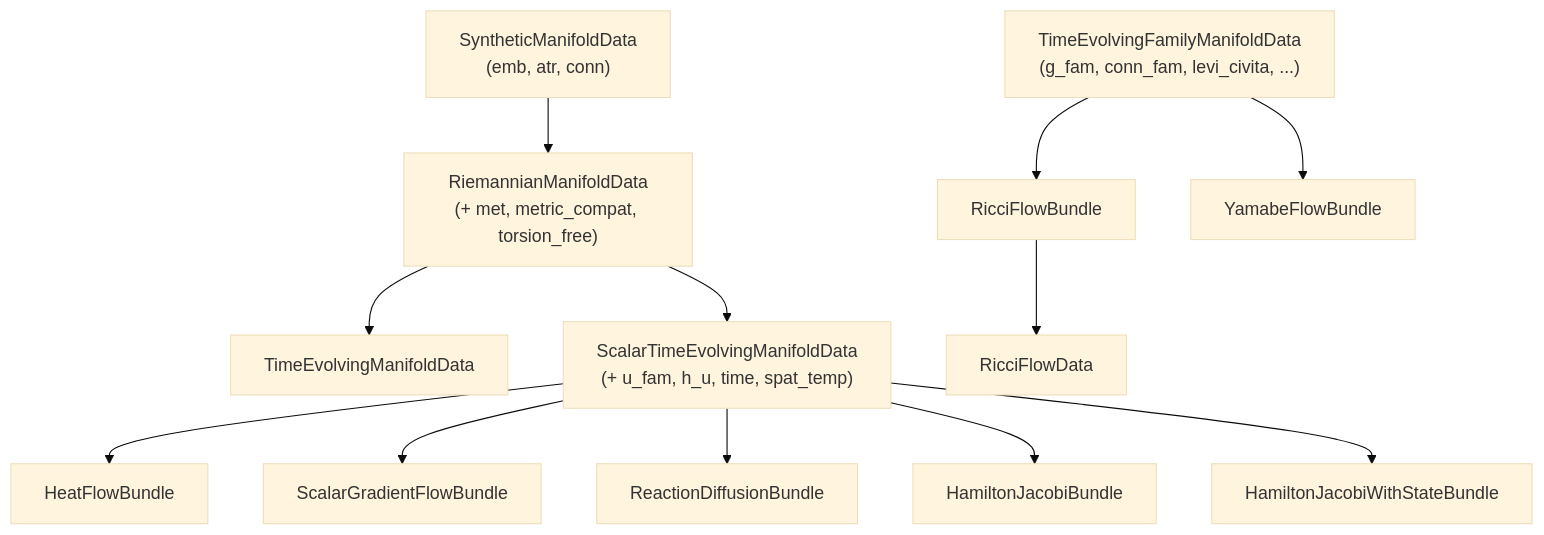
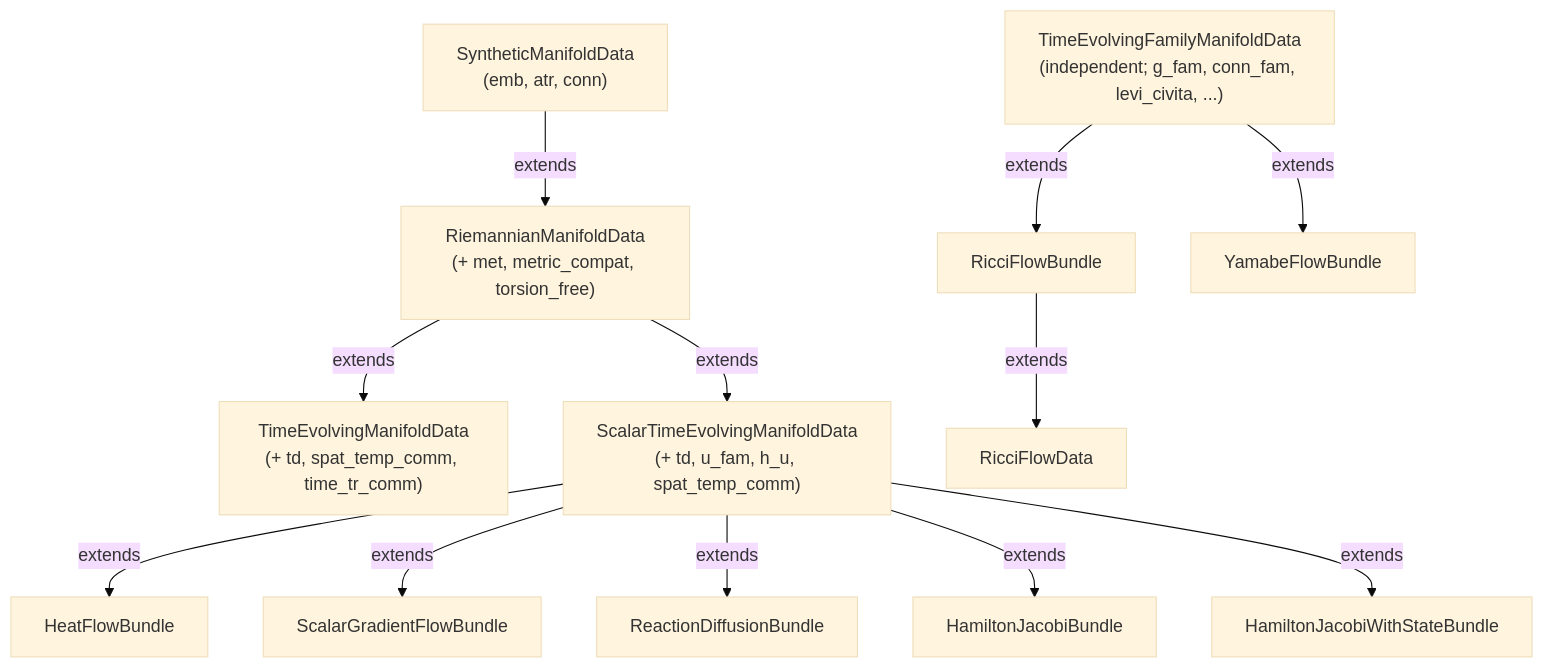
The diagram in DifferentialGeometry/Synthetic/README.md (liao9yuan/differential-geometry), drawn with Mermaid (base theme) before and after one commit. The commit also changed 1 other file, not shown here.

Commit message:
update mermaid graph

````diff
--- a/DifferentialGeometry/Synthetic/README.md
+++ b/DifferentialGeometry/Synthetic/README.md
@@ -5,32 +5,22 @@
 ```mermaid
 flowchart TB
-    SMD["SyntheticManifoldData<br/>(emb, atr, conn)"]
-    RMD["RiemannianManifoldData<br/>(+ met, metric_compat, torsion_free)"]
-    SMD --> RMD
+    SMD["SyntheticManifoldData\n(emb, atr, conn)"]
 
-    TEMD["TimeEvolvingManifoldData"]
-    STEMD["ScalarTimeEvolvingManifoldData<br/>(+ u_fam, h_u, time, spat_temp)"]
-    RMD --> TEMD
-    RMD --> STEMD
+    SMD -->|extends| RMD["RiemannianManifoldData\n(+ met, metric_compat, torsion_free)"]
 
-    HF["HeatFlowBundle"]
-    SGF["ScalarGradientFlowBundle"]
-    RD["ReactionDiffusionBundle"]
-    HJ["HamiltonJacobiBundle"]
-    HJS["HamiltonJacobiWithStateBundle"]
-    STEMD --> HF
-    STEMD --> SGF
-    STEMD --> RD
-    STEMD --> HJ
-    STEMD --> HJS
+    RMD -->|extends| TEMD["TimeEvolvingManifoldData\n(+ td, spat_temp_comm, time_tr_comm)"]
+    RMD -->|extends| STEMD["ScalarTimeEvolvingManifoldData\n(+ td, u_fam, h_u, spat_temp_comm)"]
 
-    TEFMD["TimeEvolvingFamilyManifoldData<br/>(g_fam, conn_fam, levi_civita, ...)"]
+    STEMD -->|extends| HF[HeatFlowBundle]
+    STEMD -->|extends| SGF[ScalarGradientFlowBundle]
+    STEMD -->|extends| RD[ReactionDiffusionBundle]
+    STEMD -->|extends| HJ[HamiltonJacobiBundle]
+    STEMD -->|extends| HJS[HamiltonJacobiWithStateBundle]
 
-    RFB["RicciFlowBundle"]
-    YFB["YamabeFlowBundle"]
-    TEFMD --> RFB
-    TEFMD --> YFB
+    TEFMD["TimeEvolvingFamilyManifoldData\n(independent; g_fam, conn_fam, levi_civita, ...)"]
 
-    RFD["RicciFlowData"]
-    RFB --> RFD
+    TEFMD -->|extends| RFB[RicciFlowBundle]
+    TEFMD -->|extends| YFB[YamabeFlowBundle]
+
+    RFB -->|extends| RFD[RicciFlowData]
 ```
````
